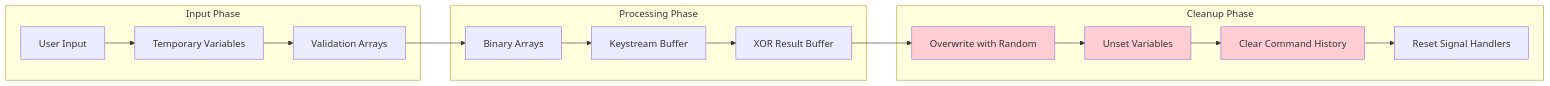
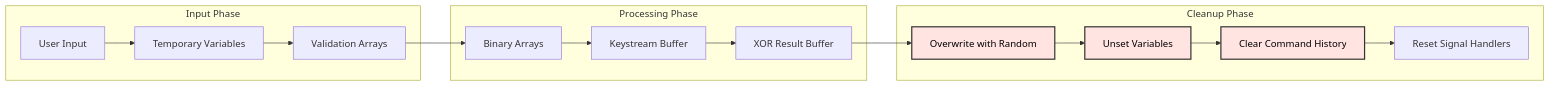
Before and after one commit to moon-miner/bash-BIP39-seed-cypher: the fifth of 7 diagrams in documentation/english/Technical documentation.md, drawn with Mermaid. The commit also changed other lines of this file, not shown here.

````diff
--- a/documentation/english/Technical documentation.md
+++ b/documentation/english/Technical documentation.md
@@ -378,25 +411,25 @@
 ```mermaid
 graph LR
     subgraph "Input Phase"
         A[User Input] --> B[Temporary Variables]
         B --> C[Validation Arrays]
     end
     
     subgraph "Processing Phase"
         D[Binary Arrays] --> E[Keystream Buffer]
         E --> F[XOR Result Buffer]
     end
     
     subgraph "Cleanup Phase"
         G[Overwrite with Random] --> H[Unset Variables]
         H --> I[Clear Command History]
         I --> J[Reset Signal Handlers]
     end
     
     C --> D
     F --> G
     
-    style G fill:#ffcdd2
-    style H fill:#ffcdd2
-    style I fill:#ffcdd2
+    style G fill:#ffe4e1,stroke:#333,stroke-width:2px,color:#000
+    style H fill:#ffe4e1,stroke:#333,stroke-width:2px,color:#000
+    style I fill:#ffe4e1,stroke:#333,stroke-width:2px,color:#000
 ```
````
